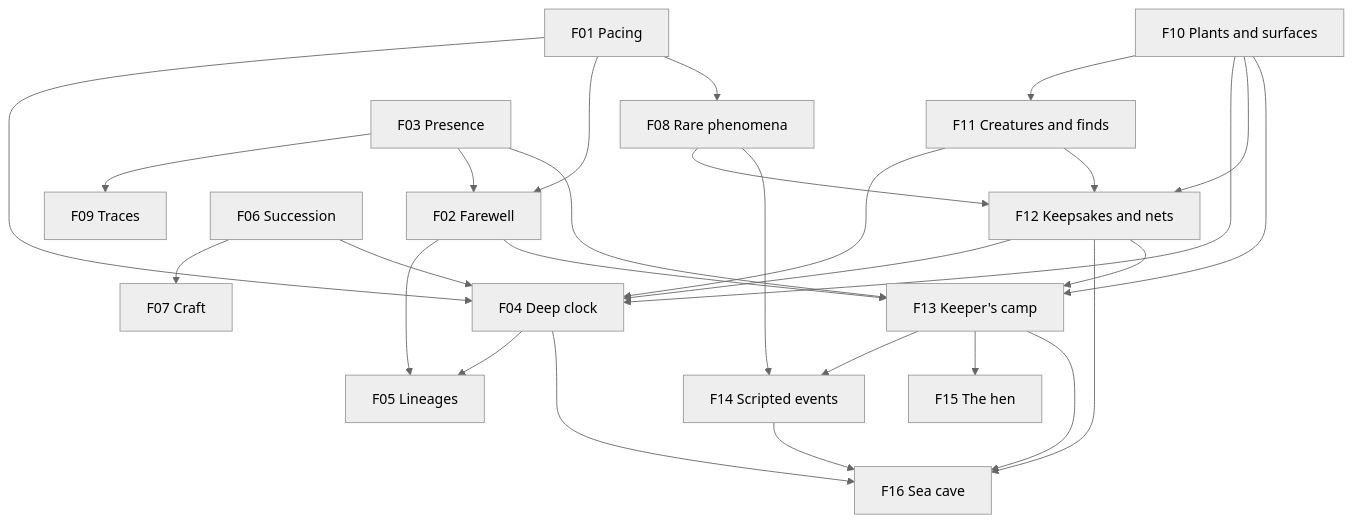
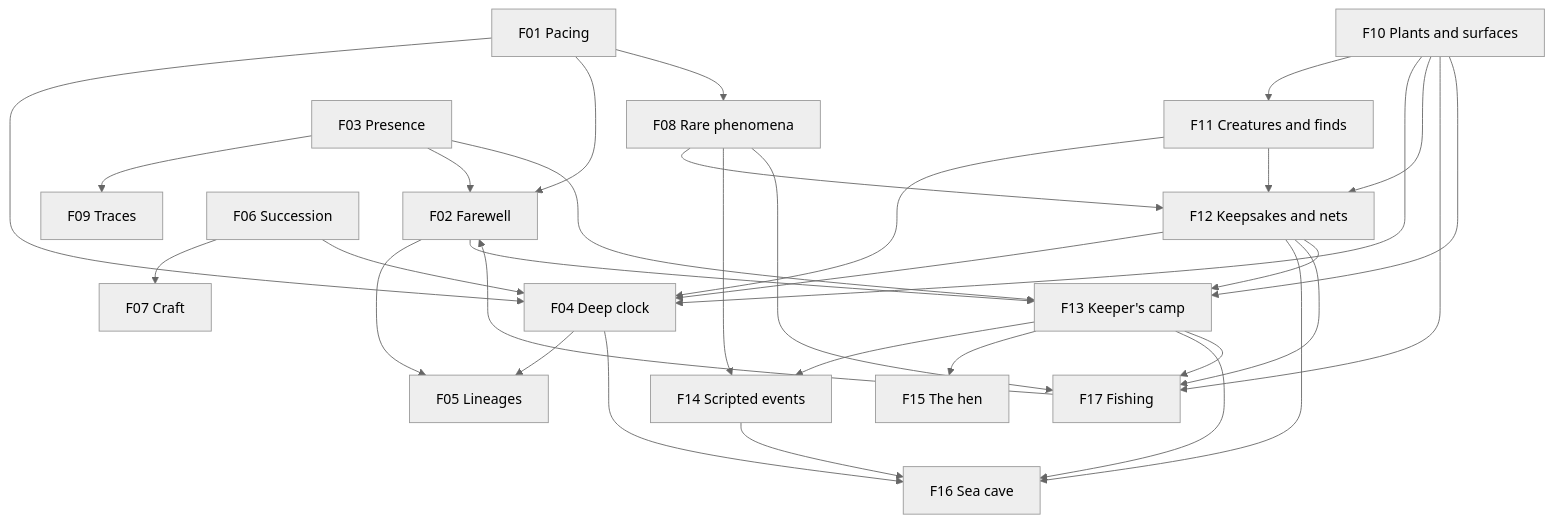
The diagram in docs/future/README.md (mshomper/ebb), drawn with Mermaid (neutral theme) before and after one commit. The commit also changed other lines of this file and 3 other files, not shown here.

First line of the commit message:
F17: fishing, the fish generator and the angler's chart

````diff
--- a/docs/future/README.md
+++ b/docs/future/README.md
@@ -37,30 +38,35 @@
 ```mermaid
 flowchart TB
   F01[F01 Pacing] --> F04[F04 Deep clock]
   F01 --> F02[F02 Farewell]
   F01 --> F08[F08 Rare phenomena]
   F04 --> F05[F05 Lineages]
   F02 --> F05
   F03[F03 Presence] --> F09[F09 Traces]
   F03 --> F02
   F06[F06 Succession] --> F07[F07 Craft]
   F06 --> F04
   F10[F10 Plants and surfaces] --> F11[F11 Creatures and finds]
   F10 --> F04
   F11 --> F04
   F10 --> F12[F12 Keepsakes and nets]
   F11 --> F12
   F08 --> F12
   F12 --> F04
   F08 --> F14[F14 Scripted events]
   F13 --> F14
   F13 --> F15[F15 The hen]
   F14 --> F16
   F12 --> F16[F16 Sea cave]
   F13 --> F16
+  F12 --> F17[F17 Fishing]
+  F13 --> F17
+  F10 --> F17
+  F08 --> F17
+  F17 --> F02
   F04 --> F16
   F03 --> F13[F13 Keeper's camp]
   F02 --> F13
   F10 --> F13
   F12 --> F13
 ```
````
